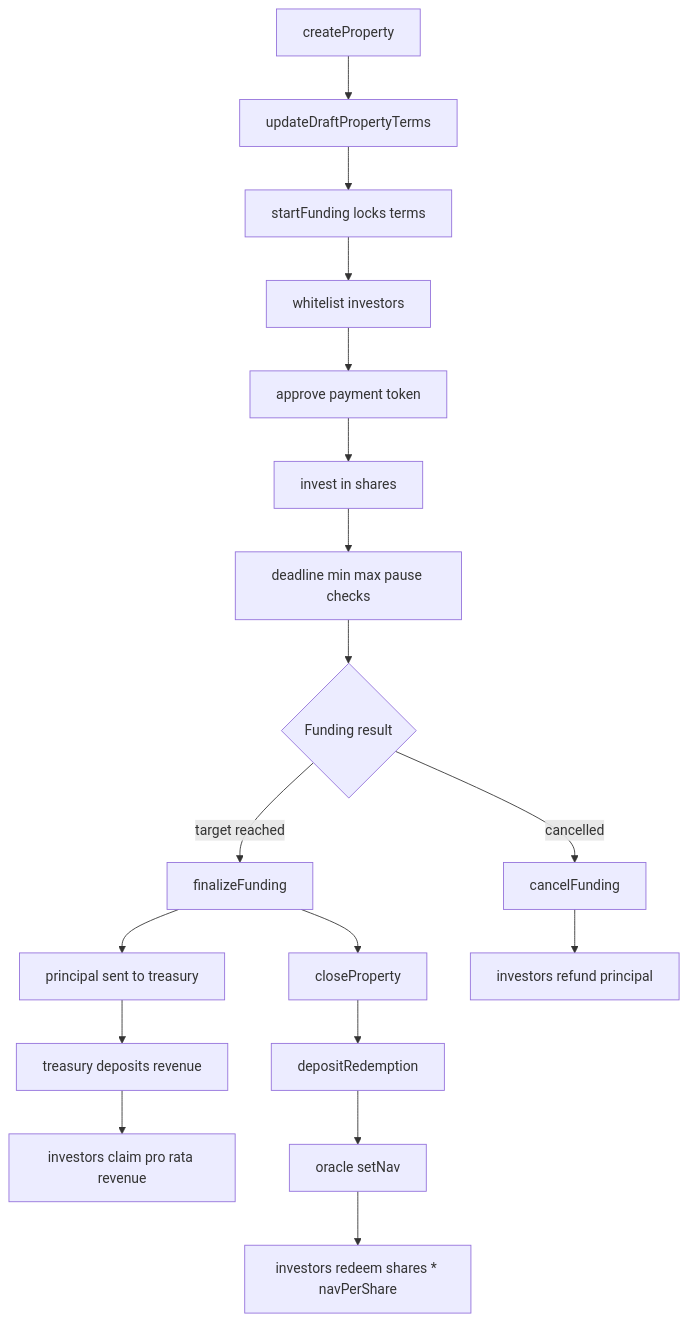
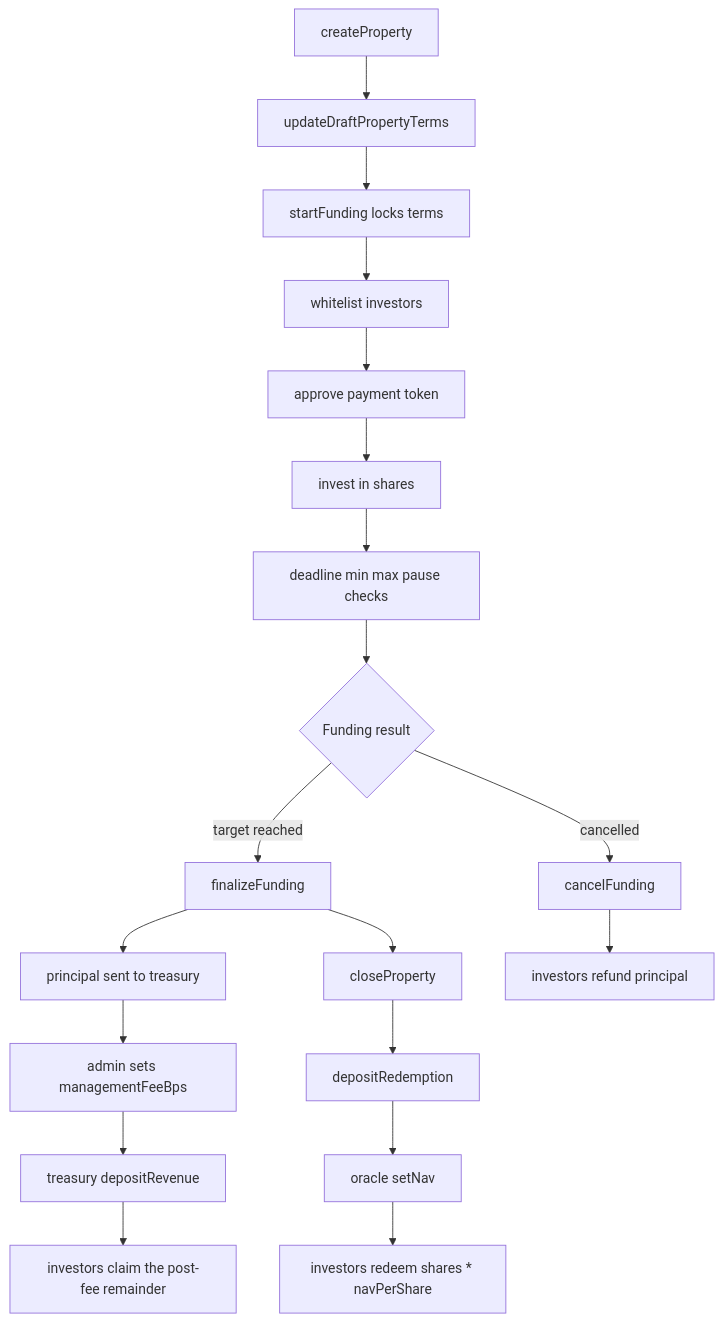
The fourth of 4 diagrams in README.md (huichain/royalcity-contracts), drawn with Mermaid before and after one commit. The commit also changed other lines of this file and 3 other files, not shown here.

Commit message:
Skim a global management fee from rental deposits before shareholders claim.

````diff
--- a/README.md
+++ b/README.md
@@ -236,20 +237,21 @@
 ```mermaid
 flowchart TD
   Create["createProperty"] --> DraftUpdate["updateDraftPropertyTerms"]
   DraftUpdate --> Start["startFunding locks terms"]
   Start --> Whitelist["whitelist investors"]
   Whitelist --> Approve["approve payment token"]
   Approve --> Invest["invest in shares"]
   Invest --> Guards["deadline min max pause checks"]
   Guards --> Decision{"Funding result"}
   Decision -->|"target reached"| Finalize["finalizeFunding"]
   Decision -->|"cancelled"| Cancel["cancelFunding"]
   Finalize --> Principal["principal sent to treasury"]
-  Principal --> Revenue["treasury deposits revenue"]
-  Revenue --> Claim["investors claim pro rata revenue"]
+  Principal --> SetFee["admin sets managementFeeBps"]
+  SetFee --> Revenue["treasury depositRevenue"]
+  Revenue --> Claim["investors claim the post-fee remainder"]
   Finalize --> Close["closeProperty"]
   Close --> RedeemDeposit["depositRedemption"]
   RedeemDeposit --> SetNav["oracle setNav"]
   SetNav --> Redeem["investors redeem shares * navPerShare"]
   Cancel --> Refund["investors refund principal"]
 ```
````
